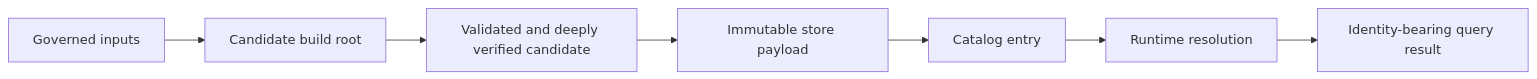
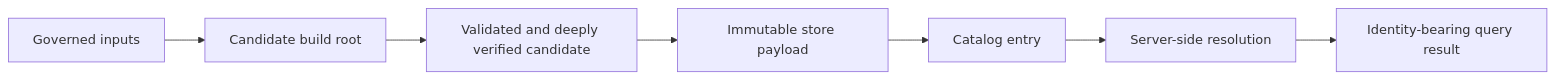
One commit to bijux/bijux-atlas changed the first of 2 diagrams in docs/bijux-atlas/runtime/artifact-lifecycle.md. Above: the diagram before and after it, drawn with Mermaid. The commit also changed other lines of this file and 2 other files, not shown here.

Commit message:
docs(runtime): expose server and artifact ownership

````diff
--- a/docs/bijux-atlas/runtime/artifact-lifecycle.md
+++ b/docs/bijux-atlas/runtime/artifact-lifecycle.md
@@ -20,9 +20,9 @@
 ```mermaid
 flowchart LR
     Inputs[Governed inputs] --> Build[Candidate build root]
     Build --> Verify[Validated and deeply verified candidate]
     Verify --> Publish[Immutable store payload]
     Publish --> Promote[Catalog entry]
-    Promote --> Resolve[Runtime resolution]
+    Promote --> Resolve[Server-side resolution]
     Resolve --> Observe[Identity-bearing query result]
 ```
````
